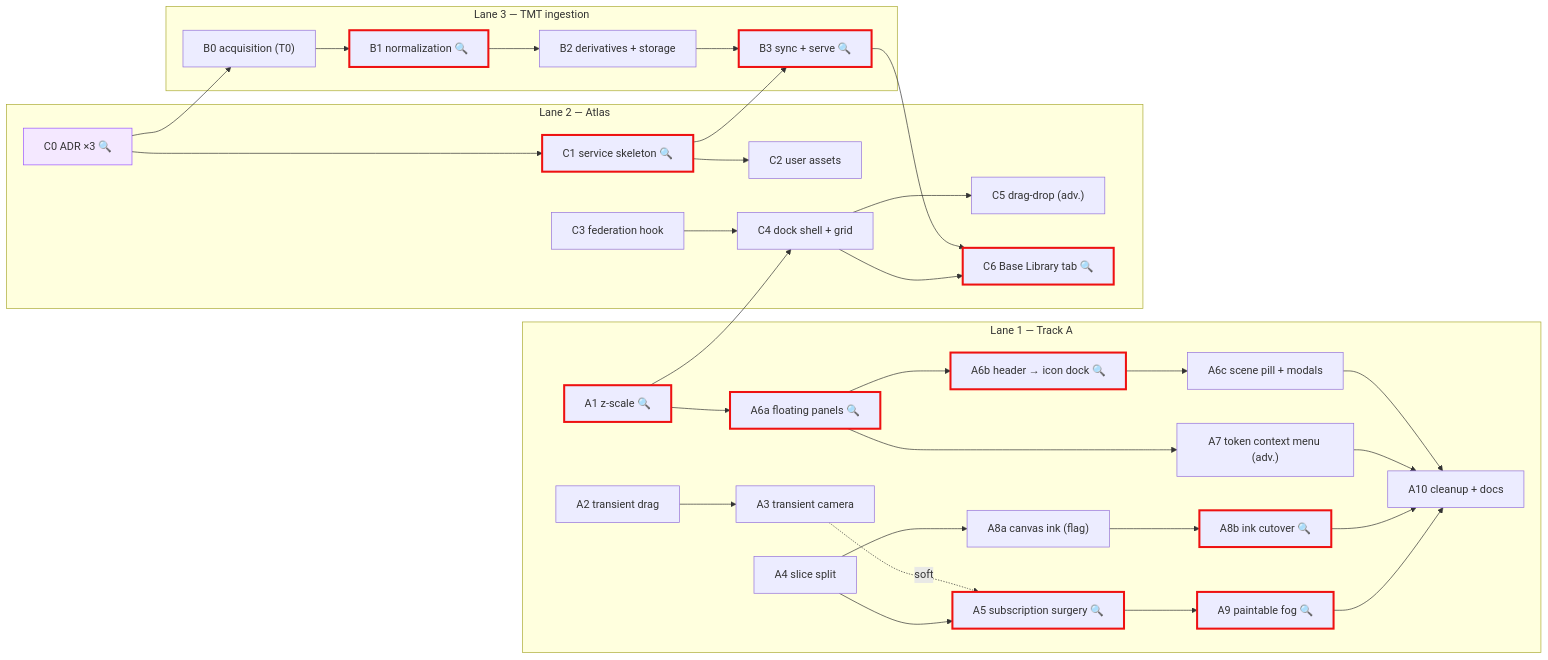
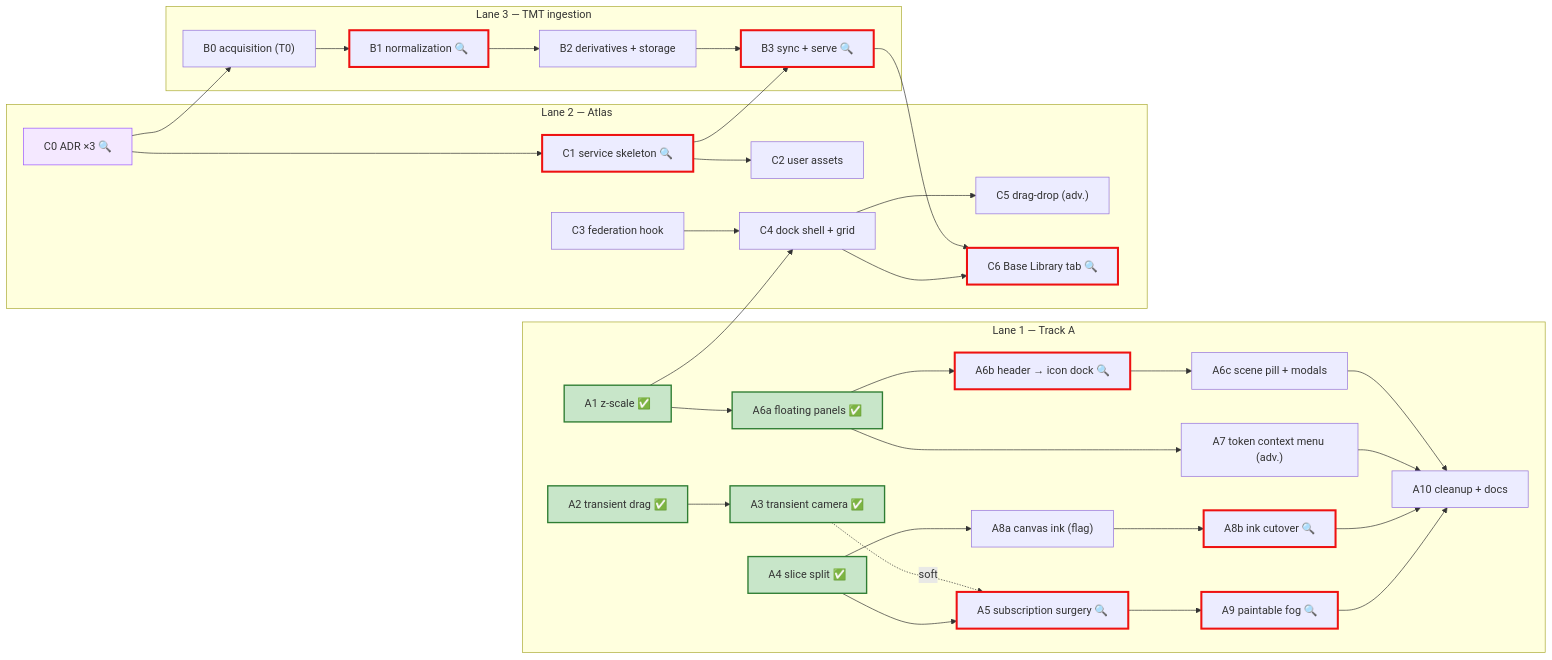
One commit to joelmale/nexusVTT changed the diagram in docs/roadmap/ROADMAP.md. Above: the diagram before and after it, drawn with Mermaid. The commit also changed other lines of this file and 1 other file, not shown here.

Commit message:
docs(roadmap): mark A1-A4, A6a complete (green in DAG); A6a gate approved

````diff
--- a/docs/roadmap/ROADMAP.md
+++ b/docs/roadmap/ROADMAP.md
@@ -40,55 +40,56 @@
 ```mermaid
 flowchart LR
   classDef gate stroke:#e11,stroke-width:3px
   classDef adr fill:#f4e8ff,stroke:#95f
+  classDef done fill:#c8e6c9,stroke:#2e7d32,stroke-width:2px
 
   subgraph LaneA["Lane 1 — Track A"]
-    A1["A1 z-scale 🔍"]:::gate
-    A2["A2 transient drag"]
-    A3["A3 transient camera"]
-    A4["A4 slice split"]
+    A1["A1 z-scale ✅"]:::done
+    A2["A2 transient drag ✅"]:::done
+    A3["A3 transient camera ✅"]:::done
+    A4["A4 slice split ✅"]:::done
     A5["A5 subscription surgery 🔍"]:::gate
-    A6a["A6a floating panels 🔍"]:::gate
+    A6a["A6a floating panels ✅"]:::done
     A6b["A6b header → icon dock 🔍"]:::gate
     A6c["A6c scene pill + modals"]
     A7["A7 token context menu (adv.)"]
     A8a["A8a canvas ink (flag)"]
     A8b["A8b ink cutover 🔍"]:::gate
     A9["A9 paintable fog 🔍"]:::gate
     A10["A10 cleanup + docs"]
   end
 
   subgraph LaneC["Lane 2 — Atlas"]
     C0["C0 ADR ×3 🔍"]:::adr
     C1["C1 service skeleton 🔍"]:::gate
     C2["C2 user assets"]
     C3["C3 federation hook"]
     C4["C4 dock shell + grid"]
     C5["C5 drag-drop (adv.)"]
     C6["C6 Base Library tab 🔍"]:::gate
   end
 
   subgraph LaneB["Lane 3 — TMT ingestion"]
     B0["B0 acquisition (T0)"]
     B1["B1 normalization 🔍"]:::gate
     B2["B2 derivatives + storage"]
     B3["B3 sync + serve 🔍"]:::gate
   end
 
   A2 --> A3
   A3 -.soft.-> A5
   A4 --> A5
   A1 --> A6a --> A6b --> A6c
   A6a --> A7
   A4 --> A8a --> A8b
   A5 --> A9
   A6c & A7 & A8b & A9 --> A10
 
   C0 --> C1 --> C2
   C0 --> B0 --> B1 --> B2 --> B3
   C1 --> B3
   C3 --> C4 --> C5
   A1 --> C4
   B3 --> C6
   C4 --> C6
 ```
````
